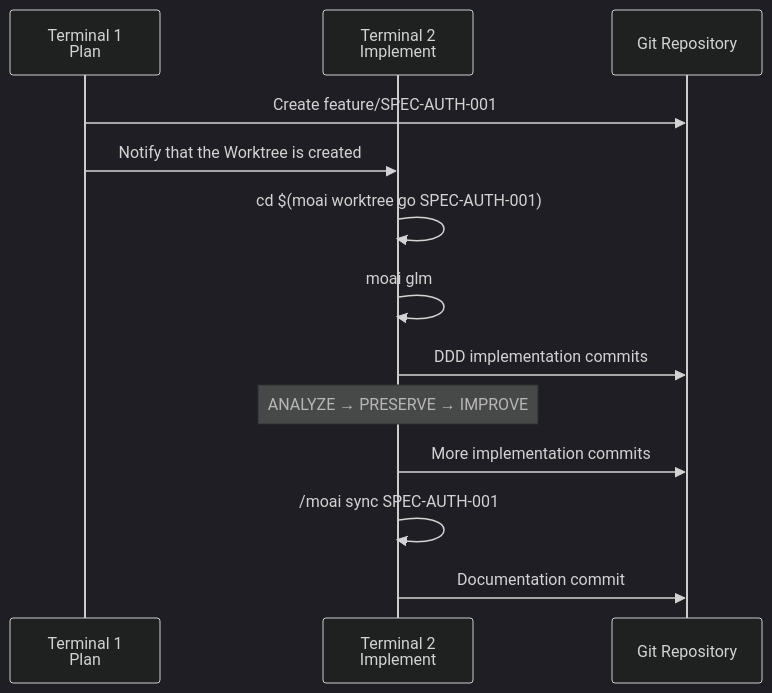
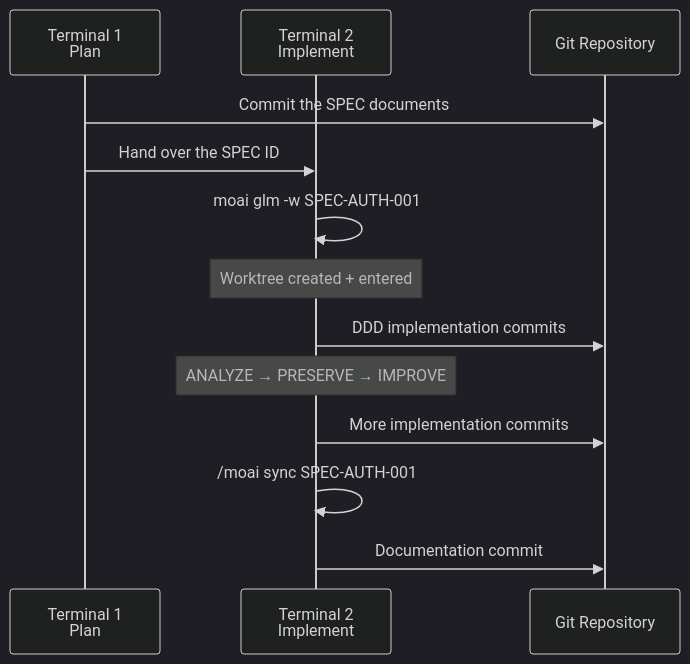
The fifth of 9 diagrams in docs-site/content/en/worktree/guide.md (modu-ai/moai-adk), drawn with Mermaid (dark theme) before and after one commit. The commit also changed other lines of this file and 35 other files, not shown here.

````diff
--- a/docs-site/content/en/worktree/guide.md
+++ b/docs-site/content/en/worktree/guide.md
@@ -408,18 +437,18 @@
 ```mermaid
 sequenceDiagram
     participant T1 as Terminal 1<br/>Plan
     participant T2 as Terminal 2<br/>Implement
     participant Git as Git Repository
 
-    T1->>Git: Create feature/SPEC-AUTH-001
-    T1->>T2: Notify that the Worktree is created
+    T1->>Git: Commit the SPEC documents
+    T1->>T2: Hand over the SPEC ID
 
-    T2->>T2: cd $(moai worktree go SPEC-AUTH-001)
-    T2->>T2: moai glm
+    T2->>T2: moai glm -w SPEC-AUTH-001
+    Note over T2: Worktree created + entered
     T2->>Git: DDD implementation commits
     Note over T2: ANALYZE → PRESERVE → IMPROVE
 
     T2->>Git: More implementation commits
     T2->>T2: /moai sync SPEC-AUTH-001
     T2->>Git: Documentation commit
 ```
````
